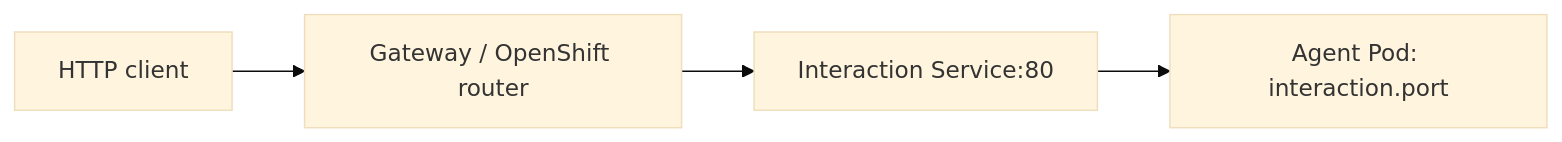
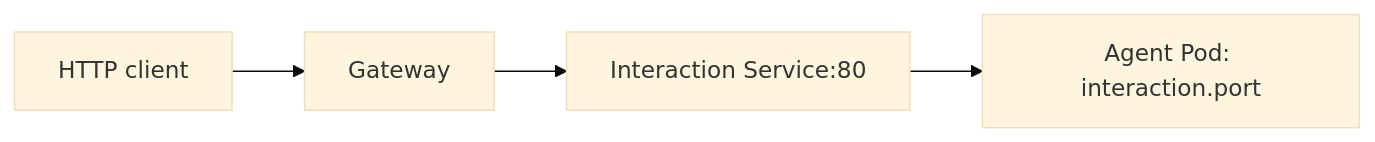
Before and after one commit to chizhang21/agentrally-operator: the third of 3 diagrams in docs/architecture.md, drawn with Mermaid (base theme). The commit also changed other lines of this file and 28 other files, not shown here.

````diff
--- a/docs/architecture.md
+++ b/docs/architecture.md
@@ -160,6 +160,6 @@
 ```mermaid
 flowchart LR
-    U["HTTP client"] --> G["Gateway / OpenShift router"]
+    U["HTTP client"] --> G["Gateway"]
     G --> S["Interaction Service:80"]
     S --> P["Agent Pod: interaction.port"]
 ```
````
